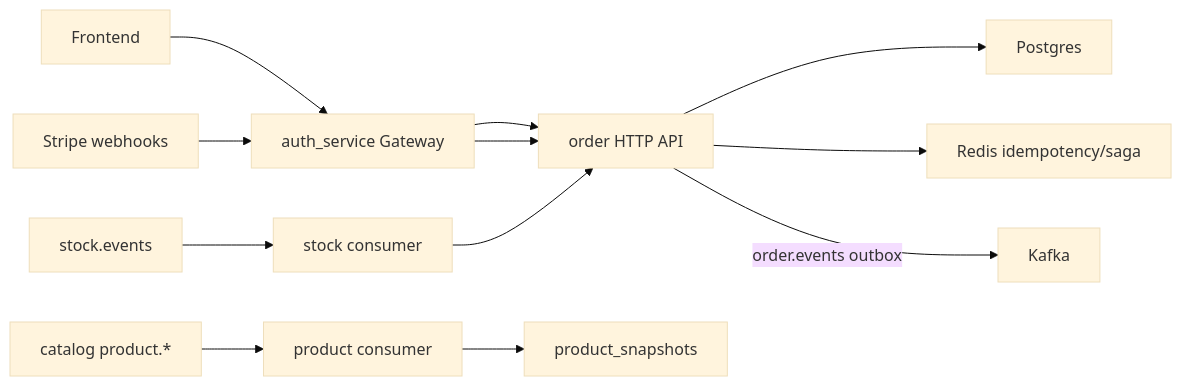
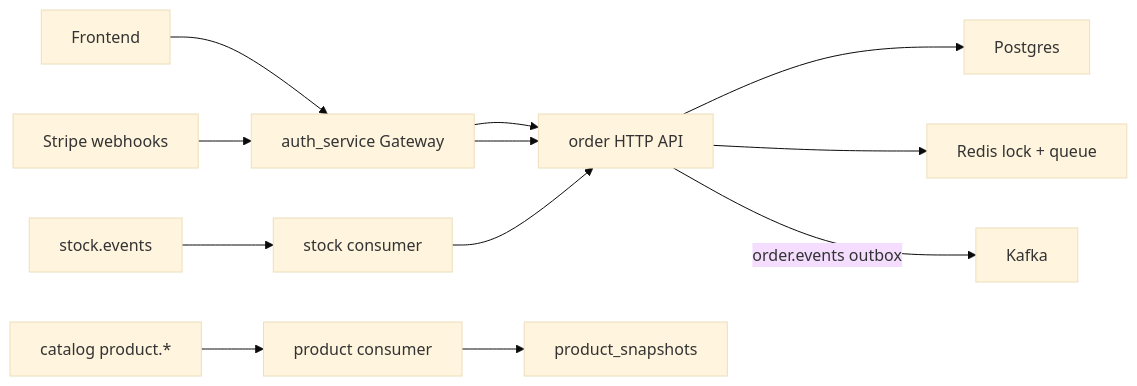
Before and after one commit to ff1nk1/e_commerce_platform: the first of 2 diagrams in order_service/README.md, drawn with Mermaid (base theme). The commit also changed other lines of this file and 130 other files, not shown here.

````diff
--- a/order_service/README.md
+++ b/order_service/README.md
@@ -9,14 +9,14 @@
 ```mermaid
 flowchart LR
   FE["Frontend"] --> GW["auth_service Gateway"]
   GW --> API["order HTTP API"]
   API --> PG["Postgres"]
-  API --> Redis["Redis idempotency/saga"]
+  API --> Redis["Redis lock + queue"]
   StripeWH["Stripe webhooks"] --> GW
   GW --> API
   Catalog["catalog product.*"] --> ProdCons["product consumer"]
   ProdCons --> Snap["product_snapshots"]
   API -->|"order.events outbox"| Kafka["Kafka"]
   Stock["stock.events"] --> StockCons["stock consumer"]
   StockCons --> API
 ```
````
